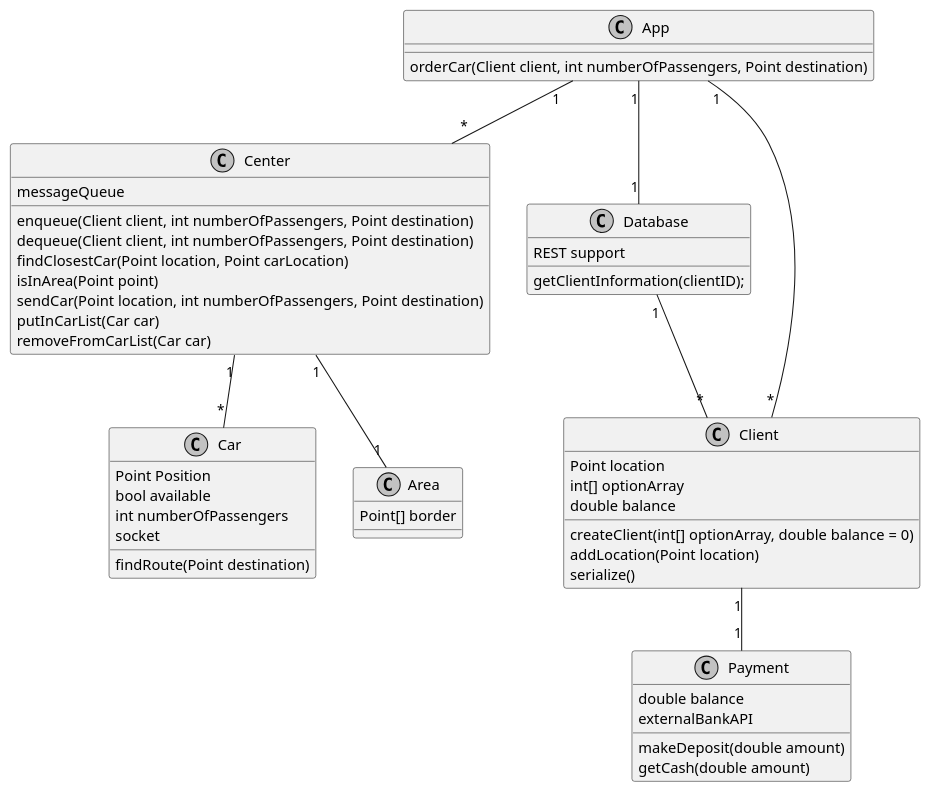
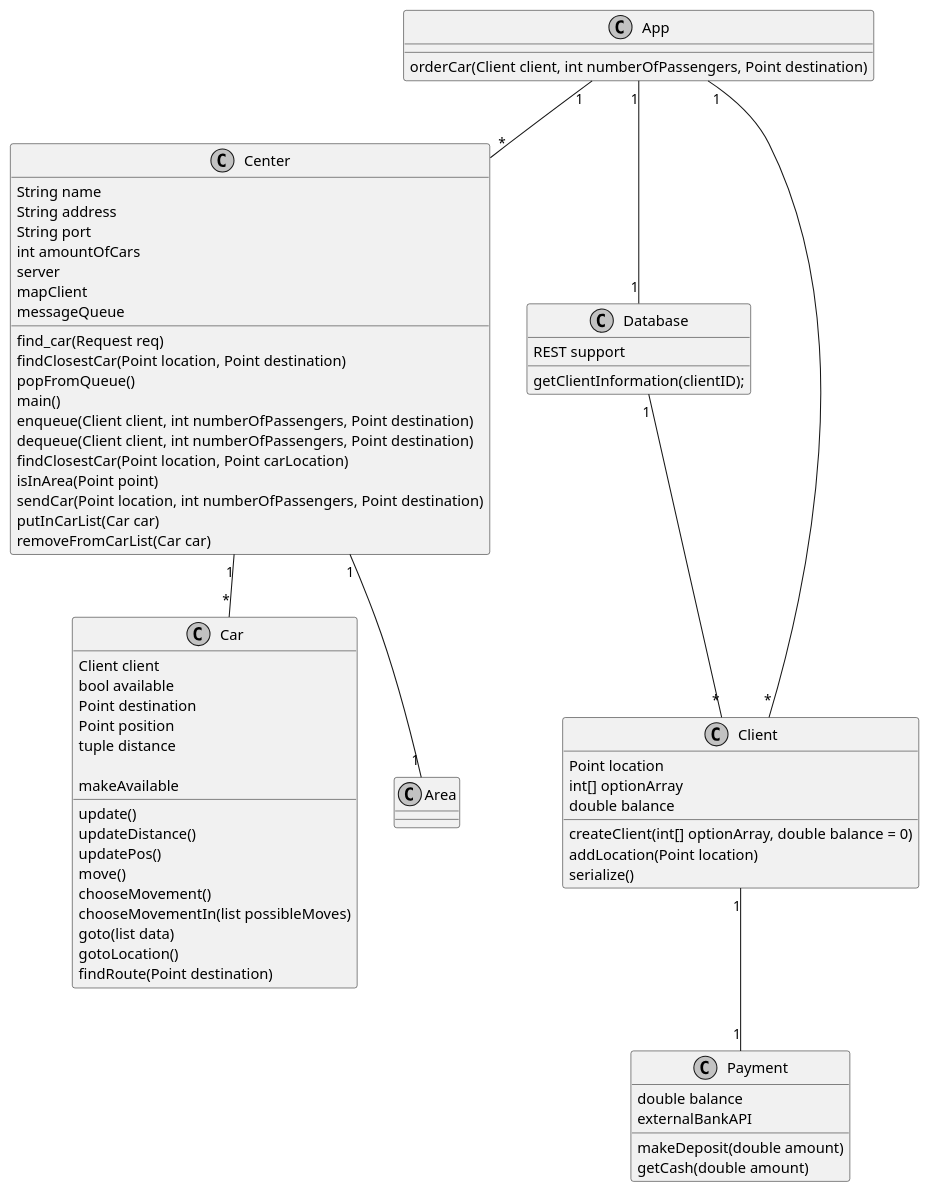
The diagram in Diagrams/classDiagram.org (TwanSchoonen/Networking2018), drawn with PlantUML before and after one commit. The commit also changed 3 other files, not shown here.

```diff
--- a/Diagrams/classDiagram.org
+++ b/Diagrams/classDiagram.org
@@ -5,21 +5,40 @@
 }
 
 class Car {
-  Point Position
+  Client client
   bool available
-  int numberOfPassengers
-  socket
+  Point destination
+  Point position
+  tuple distance
 
+  update()
+  updateDistance()
+  updatePos()
+  move()
+  chooseMovement()
+  chooseMovementIn(list possibleMoves)
+  goto(list data)
+  gotoLocation()
+  makeAvailable
   findRoute(Point destination)
-}
 
-class Area {
-  Point[] border
-  
 }
 
 class Center {
+  String name
+  String address
+  String port
+  int amountOfCars
+  server
+  mapClient
   messageQueue
+
+  find_car(Request req)
+  findClosestCar(Point location, Point destination)
+  popFromQueue()
+  main()
+
+
 
   enqueue(Client client, int numberOfPassengers, Point destination)
   dequeue(Client client, int numberOfPassengers, Point destination)
```
